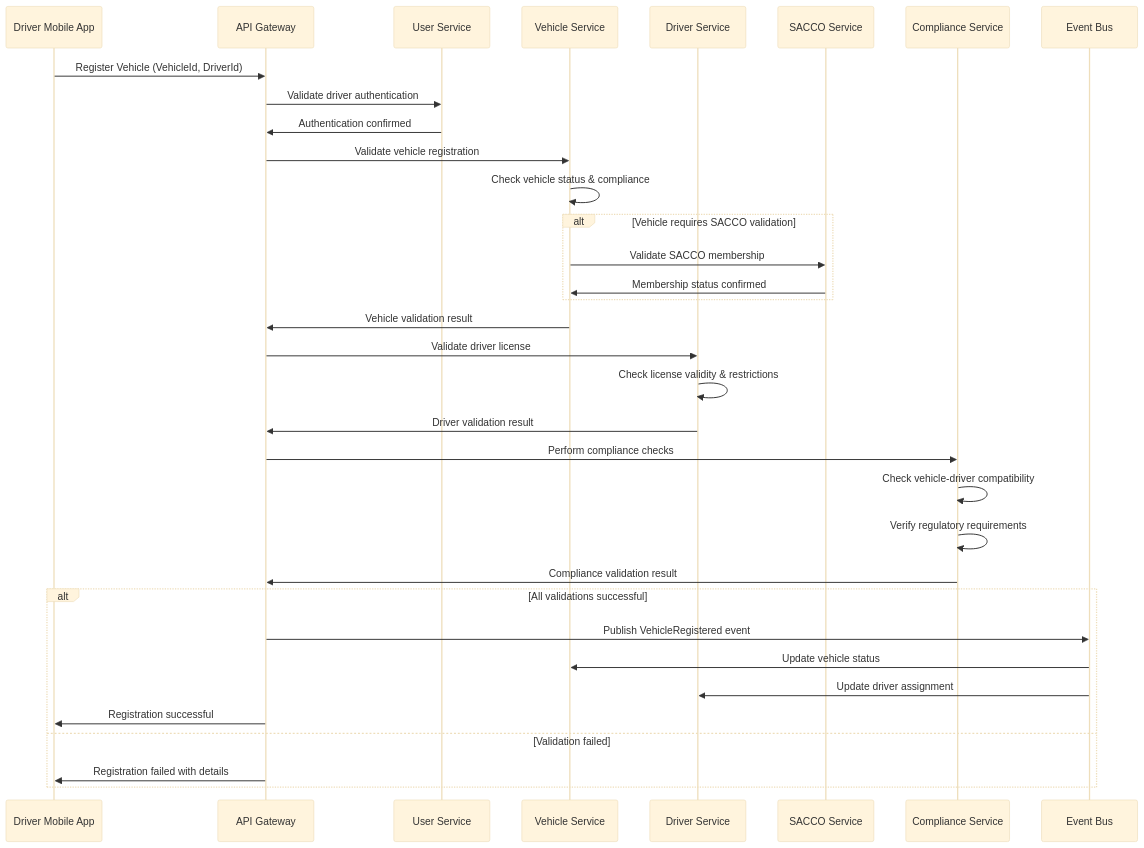
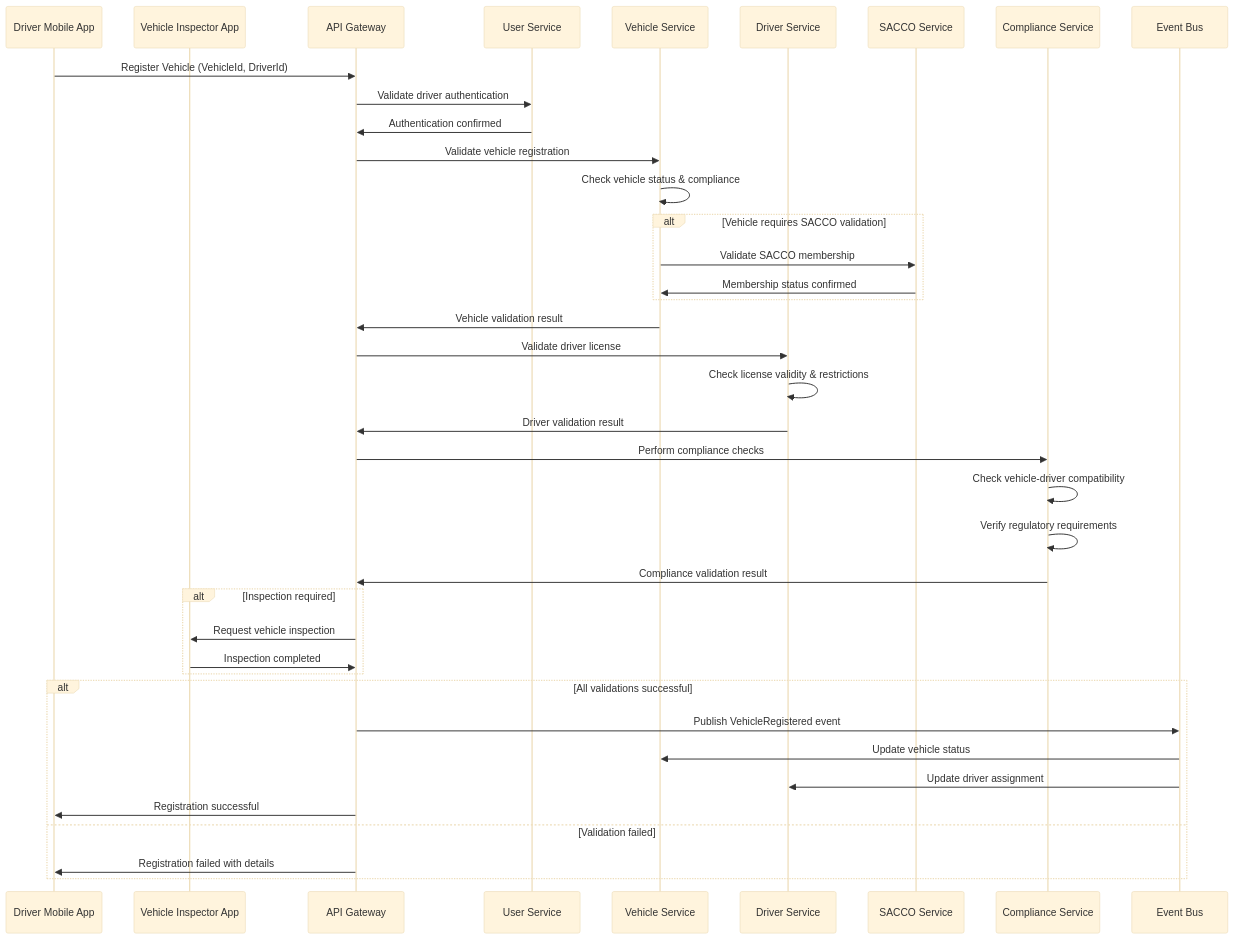
The second of 11 diagrams in docs/c4/05-business-processes.md (Qalitrack/qalitrackservices), drawn with Mermaid (base theme) before and after one commit. The commit also changed other lines of this file and 84 other files, not shown here.

````diff
--- a/docs/c4/05-business-processes.md
+++ b/docs/c4/05-business-processes.md
@@ -64,41 +64,47 @@
 ```mermaid
 sequenceDiagram
     participant Driver as Driver Mobile App
+    participant Inspector as Vehicle Inspector App
     participant Gateway as API Gateway
     participant User as User Service
     participant Vehicle as Vehicle Service
     participant Driver_Svc as Driver Service
     participant SACCO as SACCO Service
     participant Compliance as Compliance Service
     participant Events as Event Bus
 
     Driver->>Gateway: Register Vehicle (VehicleId, DriverId)
     Gateway->>User: Validate driver authentication
     User->>Gateway: Authentication confirmed
     
     Gateway->>Vehicle: Validate vehicle registration
     Vehicle->>Vehicle: Check vehicle status & compliance
     alt Vehicle requires SACCO validation
         Vehicle->>SACCO: Validate SACCO membership
         SACCO->>Vehicle: Membership status confirmed
     end
     Vehicle->>Gateway: Vehicle validation result
     
     Gateway->>Driver_Svc: Validate driver license
     Driver_Svc->>Driver_Svc: Check license validity & restrictions
     Driver_Svc->>Gateway: Driver validation result
     
     Gateway->>Compliance: Perform compliance checks
     Compliance->>Compliance: Check vehicle-driver compatibility
     Compliance->>Compliance: Verify regulatory requirements
     Compliance->>Gateway: Compliance validation result
     
+    alt Inspection required
+        Gateway->>Inspector: Request vehicle inspection
+        Inspector->>Gateway: Inspection completed
+    end
+    
     alt All validations successful
         Gateway->>Events: Publish VehicleRegistered event
         Events->>Vehicle: Update vehicle status
         Events->>Driver_Svc: Update driver assignment
         Gateway->>Driver: Registration successful
     else Validation failed
         Gateway->>Driver: Registration failed with details
     end
 ```
````
